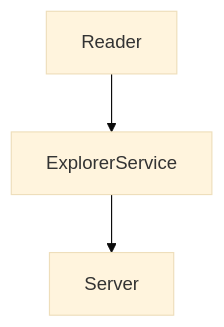
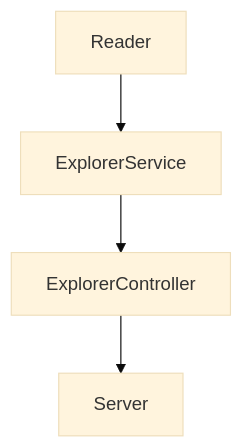
The fourth of 4 diagrams in README.md (blu3ming/BackEnd-Semana-4-Code-Challenge), drawn with Mermaid (base theme) before and after one commit. The commit also changed other lines of this file, not shown here.

Commit message:
Readme actualizado con el controller

````diff
--- a/README.md
+++ b/README.md
@@ -103,5 +128,6 @@
 ```mermaid
 graph TD;
     Reader-->ExplorerService;
-    ExplorerService-->Server
+    ExplorerService-->ExplorerController;
+    ExplorerController-->Server
 ```
````
